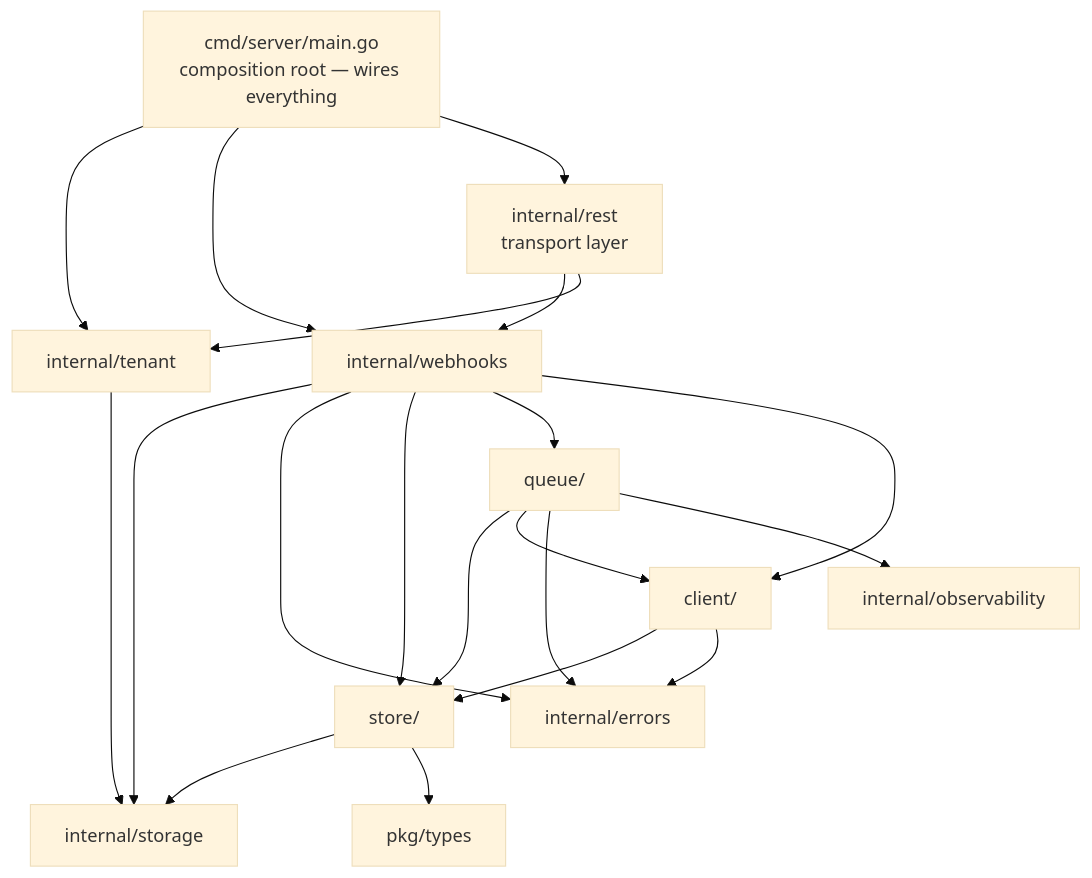
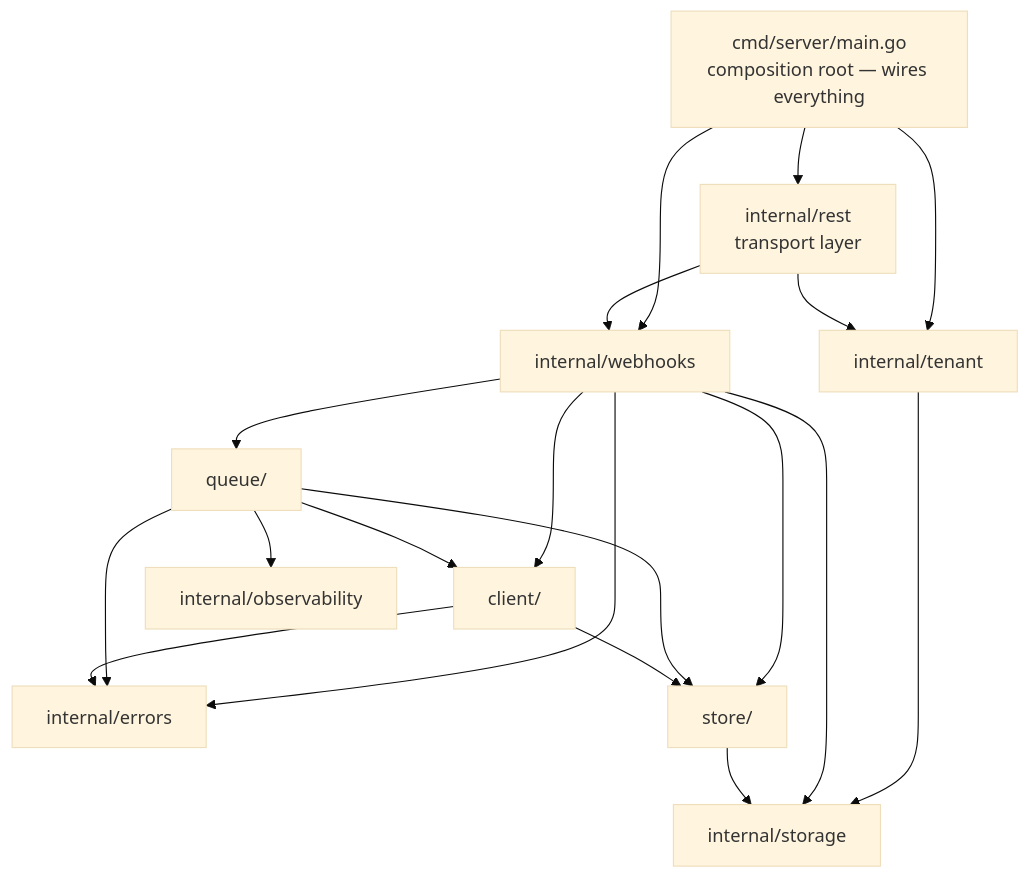
One commit to sarathsp06/sparrow changed the fourth of 4 diagrams in docs/src/content/docs/reference/architecture.mdx. Above: the diagram before and after it, drawn with Mermaid (base theme). The commit also changed other lines of this file and 24 other files, not shown here.

````diff
--- a/docs/src/content/docs/reference/architecture.mdx
+++ b/docs/src/content/docs/reference/architecture.mdx
@@ -236,25 +236,24 @@
 ```mermaid
 flowchart TD
     accTitle: Package structure
-    accDescr: Package structure: cmd/server/main.go is the composition root wiring internal/tenant, internal/webhooks, and internal/rest. tenant depends on internal/storage; webhooks depends on internal/storage and internal/errors and contains store/ (internal/storage, pkg/types), queue/ (store, client, internal/errors, internal/observability), and client/ (store models, internal/errors); internal/rest is the transport layer over both domain packages. tenant and webhooks never import each other.
+    accDescr: Package structure: cmd/server/main.go is the composition root wiring internal/tenant, internal/webhooks, and internal/rest. tenant depends on internal/storage; webhooks depends on internal/storage and internal/errors and contains store/ (internal/storage), queue/ (store, client, internal/errors, internal/observability), and client/ (store models, internal/errors); internal/rest is the transport layer over both domain packages. tenant and webhooks never import each other.
     Main["cmd/server/main.go<br>composition root — wires everything"]
     Main --> Tenant["internal/tenant"]
     Main --> Webhooks["internal/webhooks"]
     Main --> Rest["internal/rest<br>transport layer"]
     Tenant --> Storage[internal/storage]
     Webhooks --> Storage
     Webhooks --> Errors[internal/errors]
     Webhooks --> Store["store/"]
     Webhooks --> Queue["queue/"]
     Webhooks --> Client["client/"]
     Store --> Storage
-    Store --> Types[pkg/types]
     Queue --> Store
     Queue --> Client
     Queue --> Errors
     Queue --> Obs[internal/observability]
     Client --> Store
     Client --> Errors
     Rest --> Webhooks
     Rest --> Tenant
 ```
````
